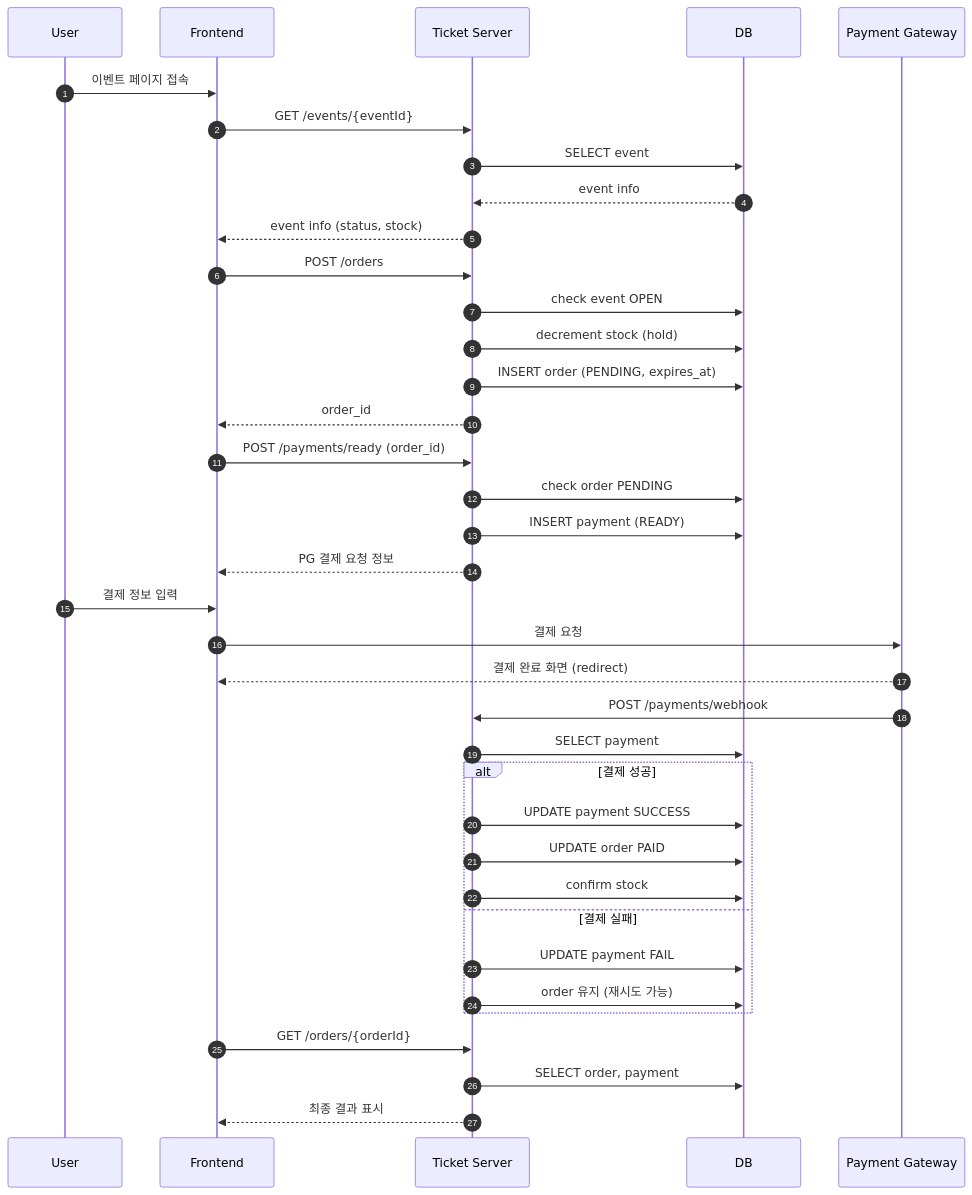
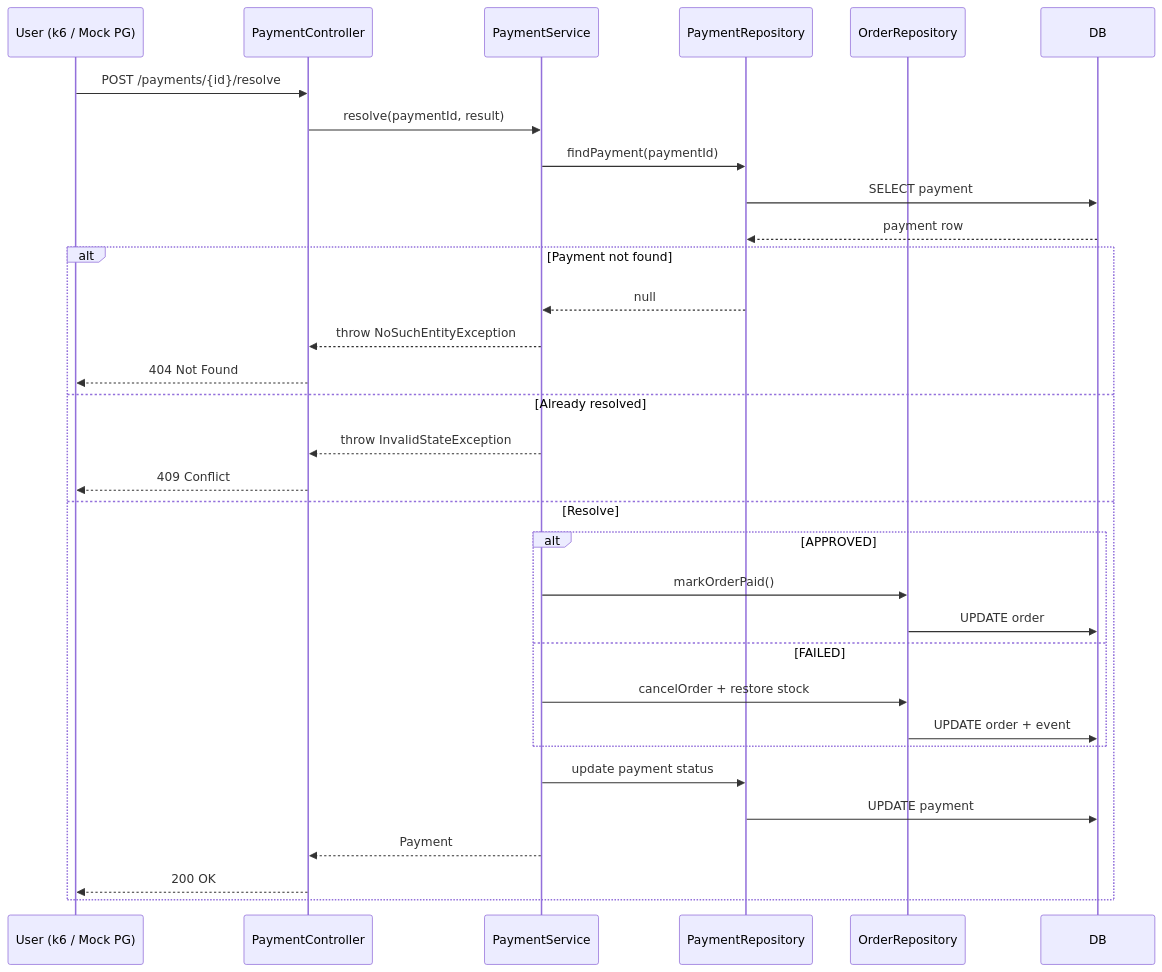
One commit to bmincof/ticketing-load-test changed the fourth of 5 diagrams in docs/sequence.md. Above: the diagram before and after it, drawn with Mermaid. The commit also changed other lines of this file and 1 other file, not shown here.

````diff
--- a/docs/sequence.md
+++ b/docs/sequence.md
@@ -1,53 +112,39 @@
 ```mermaid
 sequenceDiagram
-    autonumber
+    participant U as User (k6 / Mock PG)
+    participant PC as PaymentController
+    participant PS as PaymentService
+    participant PR as PaymentRepository
+    participant OR as OrderRepository
+    participant DB as DB
 
-    participant U as User
-    participant FE as Frontend
-    participant S as Ticket Server
-    participant DB as DB
-    participant PG as Payment Gateway
+    U->>PC: POST /payments/{id}/resolve
+    PC->>PS: resolve(paymentId, result)
 
-    %% 1. 이벤트 페이지 진입
-    U ->> FE: 이벤트 페이지 접속
-    FE ->> S: GET /events/{eventId}
-    S ->> DB: SELECT event
-    DB -->> S: event info
-    S -->> FE: event info (status, stock)
-    
-    %% 2. order 생성 (재고 홀드)
-    FE ->> S: POST /orders
-    S ->> DB: check event OPEN
-    S ->> DB: decrement stock (hold)
-    S ->> DB: INSERT order (PENDING, expires_at)
-    S -->> FE: order_id
+    PS->>PR: findPayment(paymentId)
+    PR->>DB: SELECT payment
+    DB-->>PR: payment row
 
-    %% 3. 결제 준비 (READY)
-    FE ->> S: POST /payments/ready (order_id)
-    S ->> DB: check order PENDING
-    S ->> DB: INSERT payment (READY)
-    S -->> FE: PG 결제 요청 정보
+    alt Payment not found
+        PR-->>PS: null
+        PS-->>PC: throw NoSuchEntityException
+        PC-->>U: 404 Not Found
+    else Already resolved
+        PS-->>PC: throw InvalidStateException
+        PC-->>U: 409 Conflict
+    else Resolve
+        alt APPROVED
+            PS->>OR: markOrderPaid()
+            OR->>DB: UPDATE order
+        else FAILED
+            PS->>OR: cancelOrder + restore stock
+            OR->>DB: UPDATE order + event
+        end
 
-    %% 4. PG 결제 (Blackbox)
-    U ->> FE: 결제 정보 입력
-    FE ->> PG: 결제 요청
-    PG -->> FE: 결제 완료 화면 (redirect)
+        PS->>PR: update payment status
+        PR->>DB: UPDATE payment
 
-    %% 5. 결제 승인 Webhook
-    PG ->> S: POST /payments/webhook
-    S ->> DB: SELECT payment
-    alt 결제 성공
-        S ->> DB: UPDATE payment SUCCESS
-        S ->> DB: UPDATE order PAID
-        S ->> DB: confirm stock
-    else 결제 실패
-        S ->> DB: UPDATE payment FAIL
-        S ->> DB: order 유지 (재시도 가능)
+        PS-->>PC: Payment
+        PC-->>U: 200 OK
     end
-
-    %% 6. 클라이언트 결과 확인
-    FE ->> S: GET /orders/{orderId}
-    S ->> DB: SELECT order, payment
-    S -->> FE: 최종 결과 표시
-
 ```
````
